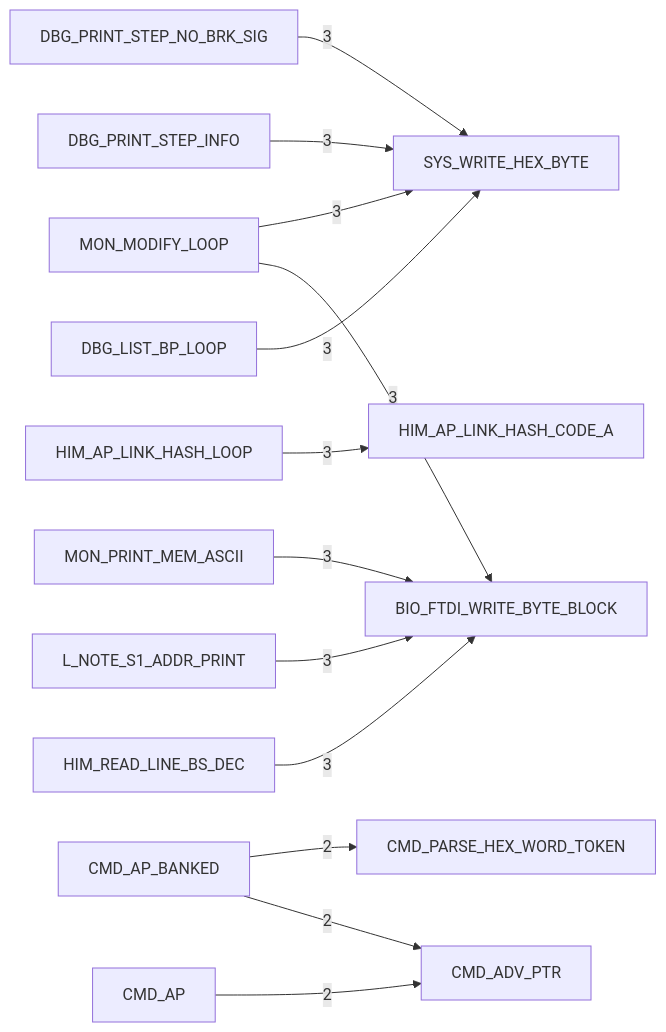
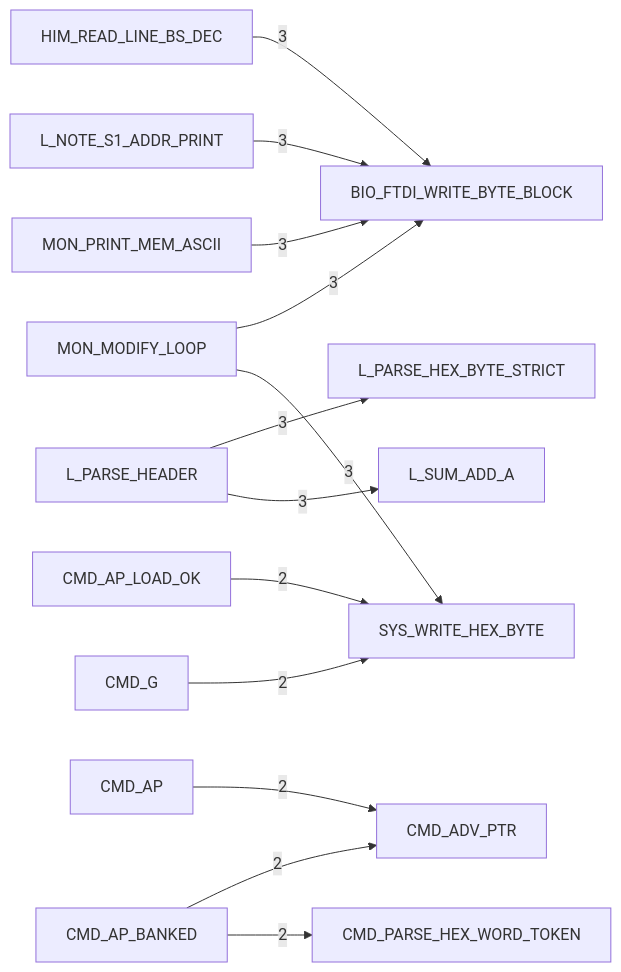
One commit to 95westus/R-YORS changed the third of 6 diagrams in DOC/GENERATED/HIMON_ROUTINE_TREE.md. Above: the diagram before and after it, drawn with Mermaid. The commit also changed other lines of this file and 65 other files, not shown here.

````diff
--- a/DOC/GENERATED/HIMON_ROUTINE_TREE.md
+++ b/DOC/GENERATED/HIMON_ROUTINE_TREE.md
@@ -44,15 +44,15 @@
 ```mermaid
 flowchart LR
-    N_DBG_LIST_BP_LOOP[DBG_LIST_BP_LOOP] -->|3| N_SYS_WRITE_HEX_BYTE[SYS_WRITE_HEX_BYTE]
-    N_DBG_PRINT_STEP_INFO[DBG_PRINT_STEP_INFO] -->|3| N_SYS_WRITE_HEX_BYTE[SYS_WRITE_HEX_BYTE]
-    N_DBG_PRINT_STEP_NO_BRK_SIG[DBG_PRINT_STEP_NO_BRK_SIG] -->|3| N_SYS_WRITE_HEX_BYTE[SYS_WRITE_HEX_BYTE]
-    N_HIM_AP_LINK_HASH_LOOP[HIM_AP_LINK_HASH_LOOP] -->|3| N_HIM_AP_LINK_HASH_CODE_A[HIM_AP_LINK_HASH_CODE_A]
     N_HIM_READ_LINE_BS_DEC[HIM_READ_LINE_BS_DEC] -->|3| N_BIO_FTDI_WRITE_BYTE_BLOCK[BIO_FTDI_WRITE_BYTE_BLOCK]
     N_L_NOTE_S1_ADDR_PRINT[L_NOTE_S1_ADDR_PRINT] -->|3| N_BIO_FTDI_WRITE_BYTE_BLOCK[BIO_FTDI_WRITE_BYTE_BLOCK]
+    N_L_PARSE_HEADER[L_PARSE_HEADER] -->|3| N_L_PARSE_HEX_BYTE_STRICT[L_PARSE_HEX_BYTE_STRICT]
+    N_L_PARSE_HEADER[L_PARSE_HEADER] -->|3| N_L_SUM_ADD_A[L_SUM_ADD_A]
     N_MON_MODIFY_LOOP[MON_MODIFY_LOOP] -->|3| N_BIO_FTDI_WRITE_BYTE_BLOCK[BIO_FTDI_WRITE_BYTE_BLOCK]
     N_MON_MODIFY_LOOP[MON_MODIFY_LOOP] -->|3| N_SYS_WRITE_HEX_BYTE[SYS_WRITE_HEX_BYTE]
     N_MON_PRINT_MEM_ASCII[MON_PRINT_MEM_ASCII] -->|3| N_BIO_FTDI_WRITE_BYTE_BLOCK[BIO_FTDI_WRITE_BYTE_BLOCK]
     N_CMD_AP[CMD_AP] -->|2| N_CMD_ADV_PTR[CMD_ADV_PTR]
     N_CMD_AP_BANKED[CMD_AP_BANKED] -->|2| N_CMD_ADV_PTR[CMD_ADV_PTR]
     N_CMD_AP_BANKED[CMD_AP_BANKED] -->|2| N_CMD_PARSE_HEX_WORD_TOKEN[CMD_PARSE_HEX_WORD_TOKEN]
+    N_CMD_AP_LOAD_OK[CMD_AP_LOAD_OK] -->|2| N_SYS_WRITE_HEX_BYTE[SYS_WRITE_HEX_BYTE]
+    N_CMD_G[CMD_G] -->|2| N_SYS_WRITE_HEX_BYTE[SYS_WRITE_HEX_BYTE]
 ```
````
